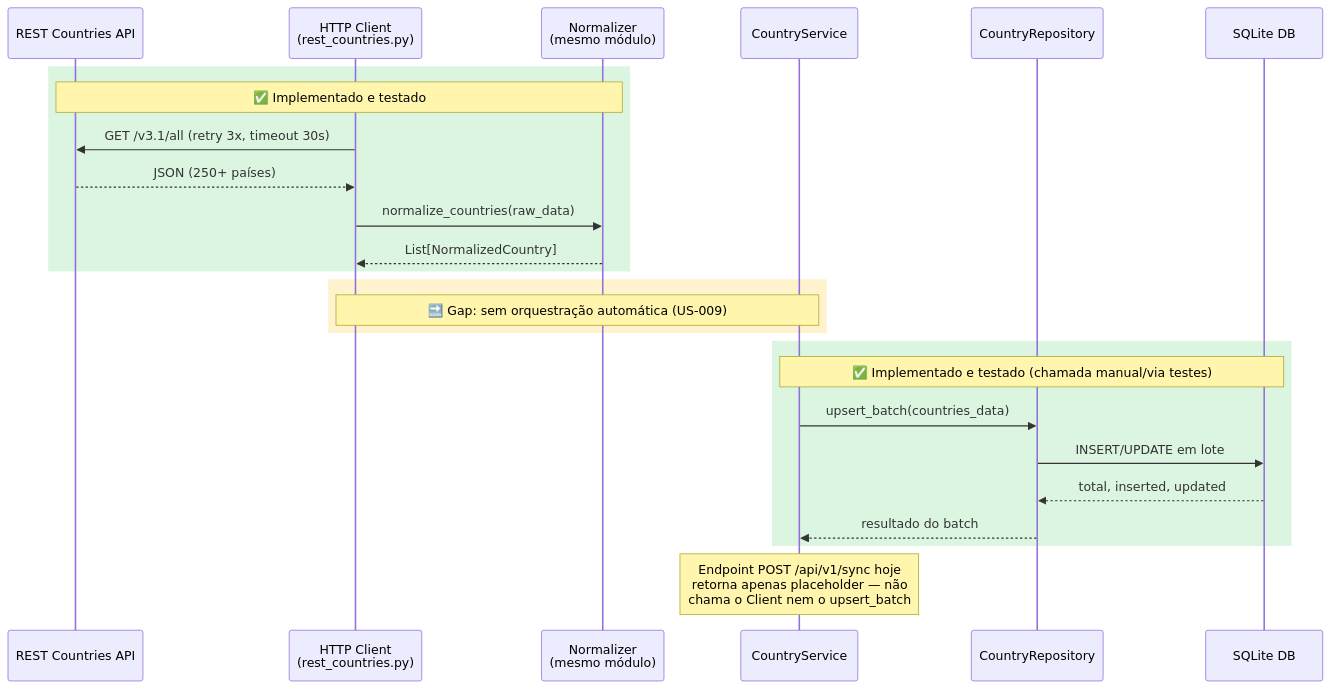
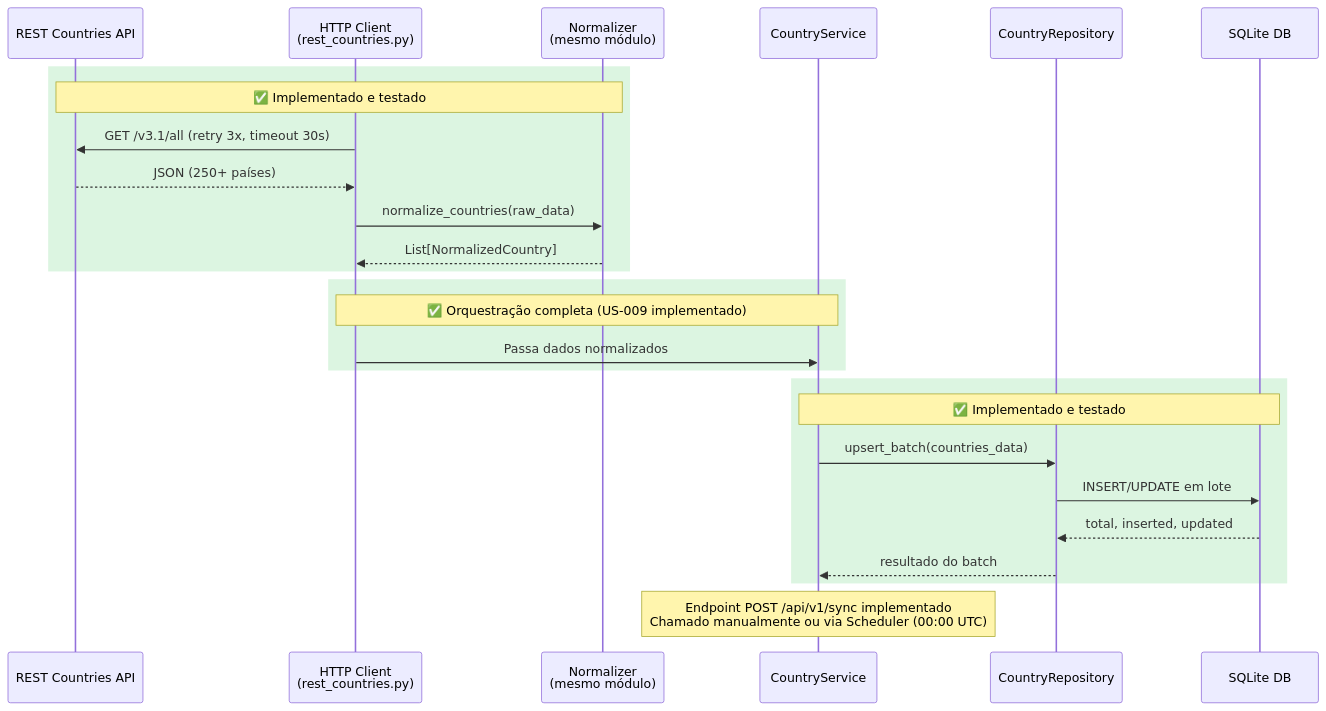
Before and after one commit to joaquimlbc/POS_ENG_IA_UFG: the fifth of 7 diagrams in documentacoes/ARCHITECTURE.md, drawn with Mermaid. The commit also changed other lines of this file and 7 other files, not shown here.

````diff
--- a/documentacoes/ARCHITECTURE.md
+++ b/documentacoes/ARCHITECTURE.md
@@ -226,31 +223,32 @@
 ```mermaid
 sequenceDiagram
     participant Ext as REST Countries API
     participant Client as HTTP Client<br/>(rest_countries.py)
     participant Norm as Normalizer<br/>(mesmo módulo)
     participant Service as CountryService
     participant Repo as CountryRepository
     participant DB as SQLite DB
 
     rect rgb(220, 245, 225)
     Note over Ext,Norm: ✅ Implementado e testado
     Client->>Ext: GET /v3.1/all (retry 3x, timeout 30s)
     Ext-->>Client: JSON (250+ países)
     Client->>Norm: normalize_countries(raw_data)
     Norm-->>Client: List[NormalizedCountry]
     end
 
-    rect rgb(255, 243, 205)
-    Note over Client,Service: 🔜 Gap: sem orquestração automática (US-009)
+    rect rgb(220, 245, 225)
+    Note over Client,Service: ✅ Orquestração completa (US-009 implementado)
+    Client->>Service: Passa dados normalizados
     end
 
     rect rgb(220, 245, 225)
-    Note over Service,DB: ✅ Implementado e testado (chamada manual/via testes)
+    Note over Service,DB: ✅ Implementado e testado
     Service->>Repo: upsert_batch(countries_data)
     Repo->>DB: INSERT/UPDATE em lote
     DB-->>Repo: total, inserted, updated
     Repo-->>Service: resultado do batch
     end
 
-    Note over Service: Endpoint POST /api/v1/sync hoje<br/>retorna apenas placeholder — não<br/>chama o Client nem o upsert_batch
+    Note over Service: Endpoint POST /api/v1/sync implementado<br/>Chamado manualmente ou via Scheduler (00:00 UTC)
 ```
````
